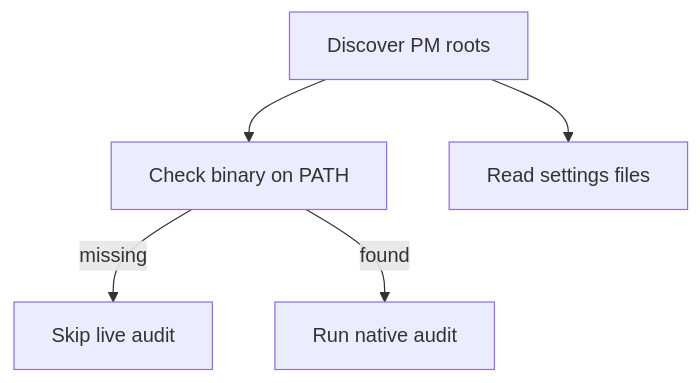
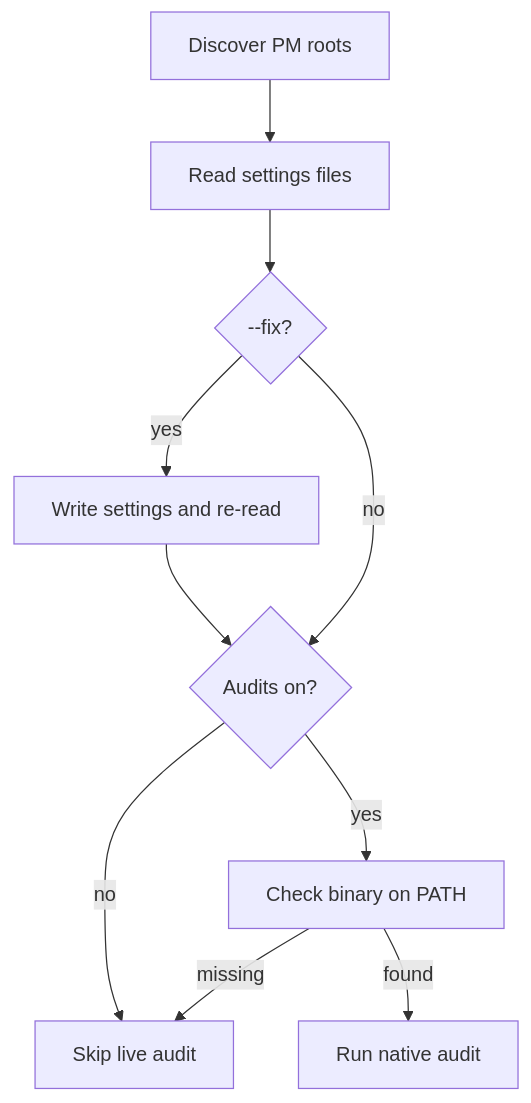
The diagram in README.md (jackmcpickle/pkguard), drawn with Mermaid before and after one commit. The commit also changed other lines of this file and 43 other files, not shown here.

````diff
--- a/README.md
+++ b/README.md
@@ -13,12 +13,20 @@
 ```mermaid
 flowchart TD
   discover[Discover PM roots]
+  settings[Read settings files]
+  fix{"--fix?"}
+  apply[Write settings and re-read]
+  audits{Audits on?}
+  skip[Skip live audit]
   preflight[Check binary on PATH]
-  settings[Read settings files]
-  skip[Skip live audit]
   live[Run native audit]
-  discover --> preflight
   discover --> settings
+  settings --> fix
+  fix -->|yes| apply
+  apply --> audits
+  fix -->|no| audits
+  audits -->|no| skip
+  audits -->|yes| preflight
   preflight -->|missing| skip
   preflight -->|found| live
 ```
````
